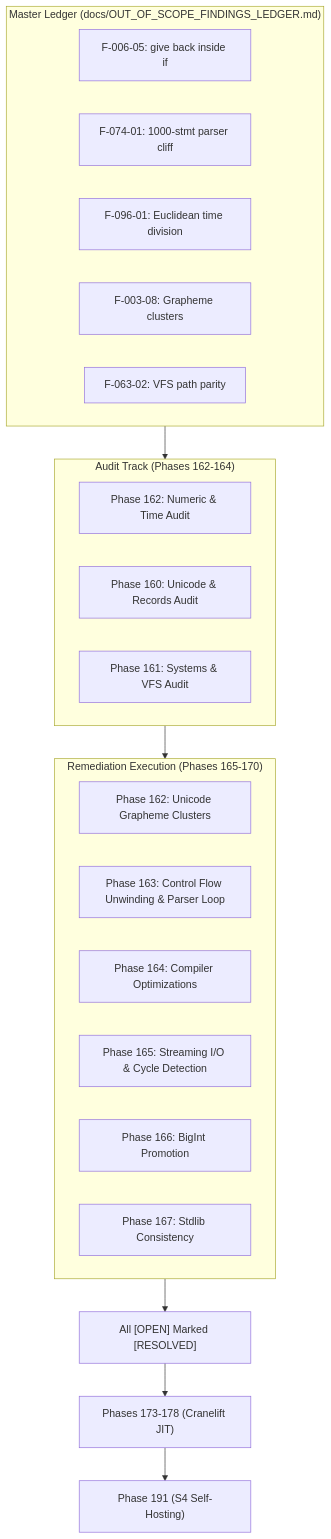
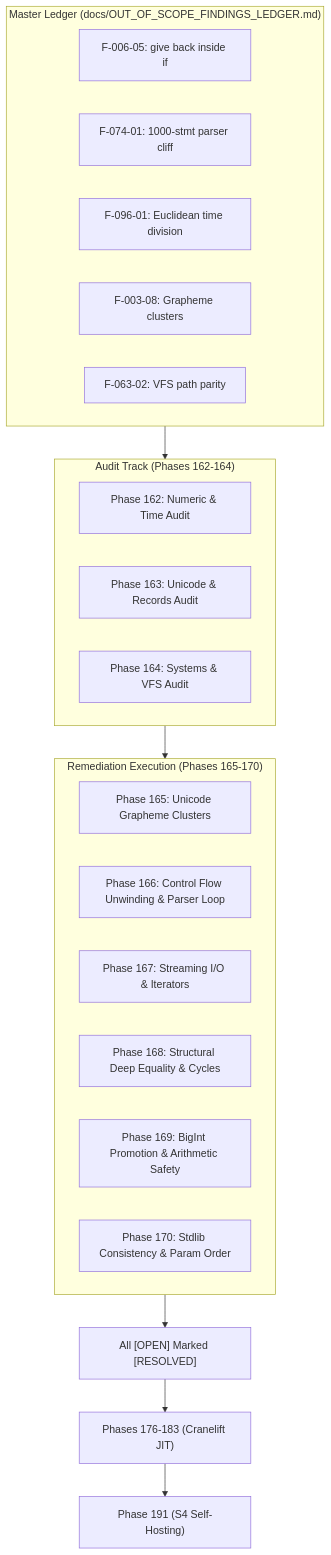
One commit to authorss81/redblue changed the diagram in docs/OUT_OF_SCOPE_FINDINGS_LEDGER.md. Above: the diagram before and after it, drawn with Mermaid.

Commit message:
docs: sync mermaid workflow in out-of-scope ledger to Phases 162-170

````diff
--- a/docs/OUT_OF_SCOPE_FINDINGS_LEDGER.md
+++ b/docs/OUT_OF_SCOPE_FINDINGS_LEDGER.md
@@ -95,31 +95,31 @@
 ```mermaid
 flowchart TD
     subgraph MasterLedger["Master Ledger (docs/OUT_OF_SCOPE_FINDINGS_LEDGER.md)"]
         F1["F-006-05: give back inside if"]
         F2["F-074-01: 1000-stmt parser cliff"]
         F3["F-096-01: Euclidean time division"]
         F4["F-003-08: Grapheme clusters"]
         F5["F-063-02: VFS path parity"]
     end
 
     subgraph AuditTracks["Audit Track (Phases 162-164)"]
-        P159["Phase 162: Numeric & Time Audit"]
-        P160["Phase 160: Unicode & Records Audit"]
-        P161["Phase 161: Systems & VFS Audit"]
+        P162["Phase 162: Numeric & Time Audit"]
+        P163["Phase 163: Unicode & Records Audit"]
+        P164["Phase 164: Systems & VFS Audit"]
     end
 
     subgraph RemediationPasses["Remediation Execution (Phases 165-170)"]
-        P162["Phase 162: Unicode Grapheme Clusters"]
-        P163["Phase 163: Control Flow Unwinding & Parser Loop"]
-        P164["Phase 164: Compiler Optimizations"]
-        P165["Phase 165: Streaming I/O & Cycle Detection"]
-        P166["Phase 166: BigInt Promotion"]
-        P167["Phase 167: Stdlib Consistency"]
+        P165["Phase 165: Unicode Grapheme Clusters"]
+        P166["Phase 166: Control Flow Unwinding & Parser Loop"]
+        P167["Phase 167: Streaming I/O & Iterators"]
+        P168["Phase 168: Structural Deep Equality & Cycles"]
+        P169["Phase 169: BigInt Promotion & Arithmetic Safety"]
+        P170["Phase 170: Stdlib Consistency & Param Order"]
     end
 
     MasterLedger --> AuditTracks
     AuditTracks --> RemediationPasses
     RemediationPasses --> Gates["All [OPEN] Marked [RESOLVED]"]
-    Gates --> JIT["Phases 173-178 (Cranelift JIT)"]
+    Gates --> JIT["Phases 176-183 (Cranelift JIT)"]
     JIT --> S4["Phase 191 (S4 Self-Hosting)"]
 ```
````
